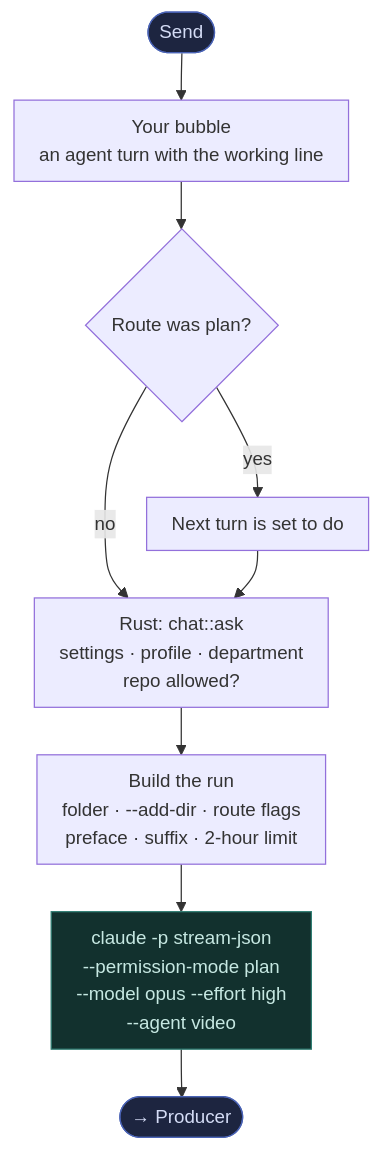
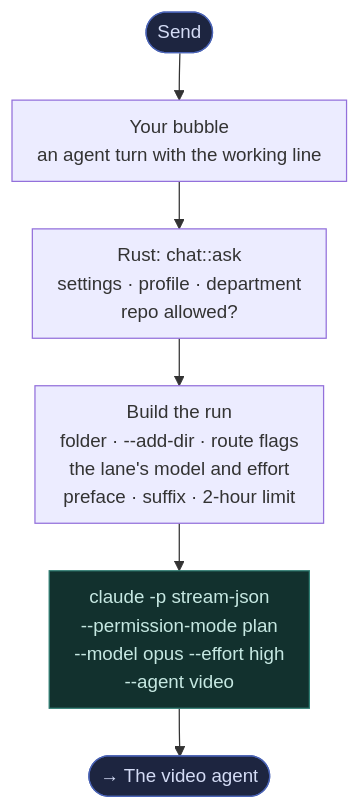
The third of 4 diagrams in content/docs/pipeline.mdx (databayt/kun), drawn with Mermaid before and after one commit. The commit also changed other lines of this file and 6 other files, not shown here.

````diff
--- a/content/docs/pipeline.mdx
+++ b/content/docs/pipeline.mdx
@@ -161,19 +218,16 @@
 ```mermaid
 %%{init: {"fontFamily": "Geist, Arial, sans-serif", "themeVariables": {"fontSize": "15px", "fontFamily": "Geist, Arial, sans-serif"}, "flowchart": {"wrappingWidth": 230, "nodeSpacing": 30, "rankSpacing": 38, "padding": 10}}}%%
 flowchart TD
     S0(["Send"]):::done
     S0 --> S1["Your bubble<br/>an agent turn with the working line"]
-    S1 --> S2{"Route was plan?"}
-    S2 -- "yes" --> S3["Next turn is set to do"]
-    S2 -- "no" --> S4
-    S3 --> S4["Rust: chat::ask<br/>settings · profile · department<br/>repo allowed?"]
-    S4 --> S5["Build the run<br/>folder · --add-dir · route flags<br/>preface · suffix · 2-hour limit"]
+    S1 --> S4["Rust: chat::ask<br/>settings · profile · department<br/>repo allowed?"]
+    S4 --> S5["Build the run<br/>folder · --add-dir · route flags<br/>the lane's model and effort<br/>preface · suffix · 2-hour limit"]
     S5 --> C["claude -p stream-json<br/>--permission-mode plan<br/>--model opus --effort high<br/>--agent video"]:::claude
-    C --> N(["→ Producer"]):::done
+    C --> N(["→ The video agent"]):::done
 
     classDef you fill:#3b2f1e,stroke:#b58a3c,color:#f5e6c8;
     classDef claude fill:#12312e,stroke:#2f7d72,color:#c6e8e2;
     classDef ok fill:#16301c,stroke:#3c8a4f,color:#cfeed7;
     classDef bad fill:#2e1a16,stroke:#a6432f,color:#f0d2c9;
     classDef done fill:#1d2540,stroke:#4a63b5,color:#d4dcf5;
 ```
````
